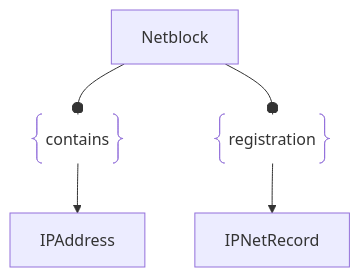
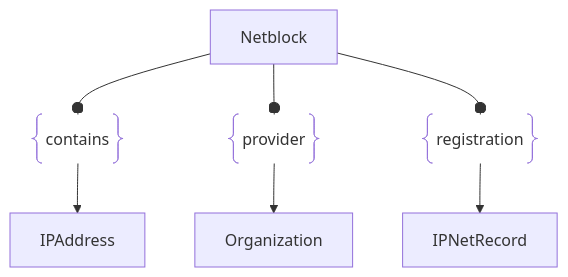
One commit to owasp-amass/docs changed the diagram in docs/open_asset_model/assets/netblock.md. Above: the diagram before and after it, drawn with Mermaid. The commit also changed other lines of this file and 2 other files, not shown here.

Commit message:
docs(oam): add the relations missing from three asset pages
Three asset pages omitted outgoing relations the data model defines
(open-asset-model @ 17bcb84), so their diagrams and tables were incomplete:

- ContactRecord: add `location` -> Location.
- Netblock: add `provider` -> Organization (its cloud or hosting provider).
- Service: add the six security.txt relations — `security_contact` ->
  ContactRecord and `security_policy` / `security_canonical` /
  `security_encryption` / `security_acknowledgments` / `security_hiring` ->
  URL.

Each is added to both the Mermaid diagram and the relations table, matching
the existing format. All relative links resolve and `mkdocs build --strict`
passes.

````diff
--- a/docs/open_asset_model/assets/netblock.md
+++ b/docs/open_asset_model/assets/netblock.md
@@ -45,13 +45,18 @@
 ```mermaid
 graph TD
 netblock["Netblock"]
 ipaddr["IPAddress"]
 contains@{ shape: braces, label: "contains" }
 netblock --o contains
 contains --> ipaddr
 
+org["Organization"]
+provrel@{ shape: braces, label: "provider" }
+netblock --o provrel
+provrel --> org
+
 iprec["IPNetRecord"]
 regrel@{ shape: braces, label: "registration"}
 netblock --o regrel
 regrel --> iprec
 ```
````
